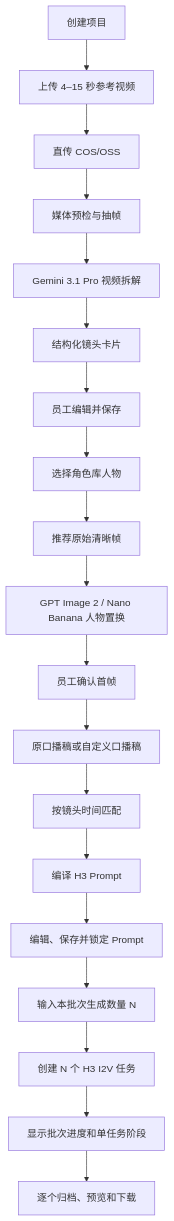
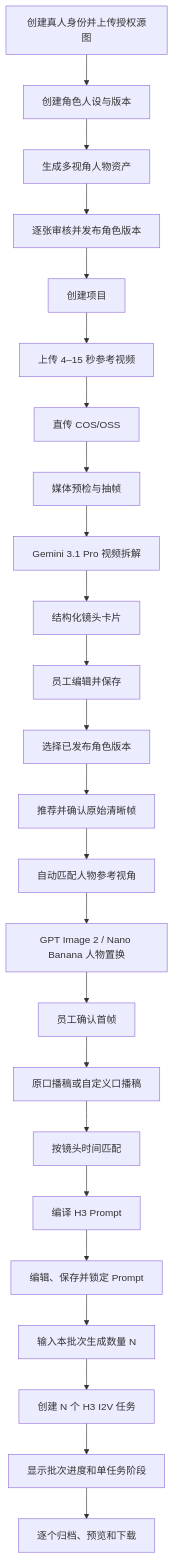
The first of 2 diagrams in docs/短视频复刻桌面端开发说明.md (phlong026/xiangshu-video-replica), drawn with Mermaid before and after one commit. The commit also changed other lines of this file and 17 other files, not shown here.

```diff
--- a/docs/短视频复刻桌面端开发说明.md
+++ b/docs/短视频复刻桌面端开发说明.md
@@ -99,21 +155,26 @@
 ~~~mermaid
 flowchart TB
-    A["创建项目"] --> B["上传 4–15 秒参考视频"]
-    B --> C["直传 COS/OSS"]
-    C --> D["媒体预检与抽帧"]
-    D --> E["Gemini 3.1 Pro 视频拆解"]
-    E --> F["结构化镜头卡片"]
-    F --> G["员工编辑并保存"]
-    G --> H["选择角色库人物"]
-    H --> I["推荐原始清晰帧"]
-    I --> J["GPT Image 2 / Nano Banana 人物置换"]
-    J --> K["员工确认首帧"]
-    K --> L["原口播稿或自定义口播稿"]
-    L --> M["按镜头时间匹配"]
-    M --> N["编译 H3 Prompt"]
-    N --> O["编辑、保存并锁定 Prompt"]
-    O --> P["输入本批次生成数量 N"]
-    P --> Q["创建 N 个 H3 I2V 任务"]
-    Q --> R["显示批次进度和单任务阶段"]
-    R --> S["逐个归档、预览和下载"]
+    A["创建真人身份并上传授权源图"] --> B["创建角色人设与版本"]
+    B --> C["生成多视角人物资产"]
+    C --> D["逐张审核并发布角色版本"]
+    D --> E["创建项目"]
+    E --> F["上传 4–15 秒参考视频"]
+    F --> G["直传 COS/OSS"]
+    G --> H["媒体预检与抽帧"]
+    H --> I["Gemini 3.1 Pro 视频拆解"]
+    I --> J["结构化镜头卡片"]
+    J --> K["员工编辑并保存"]
+    K --> L["选择已发布角色版本"]
+    L --> M["推荐并确认原始清晰帧"]
+    M --> N["自动匹配人物参考视角"]
+    N --> O["GPT Image 2 / Nano Banana 人物置换"]
+    O --> P["员工确认首帧"]
+    P --> Q["原口播稿或自定义口播稿"]
+    Q --> R["按镜头时间匹配"]
+    R --> S["编译 H3 Prompt"]
+    S --> T["编辑、保存并锁定 Prompt"]
+    T --> U["输入本批次生成数量 N"]
+    U --> V["创建 N 个 H3 I2V 任务"]
+    V --> W["显示批次进度和单任务阶段"]
+    W --> X["逐个归档、预览和下载"]
 ~~~
```
